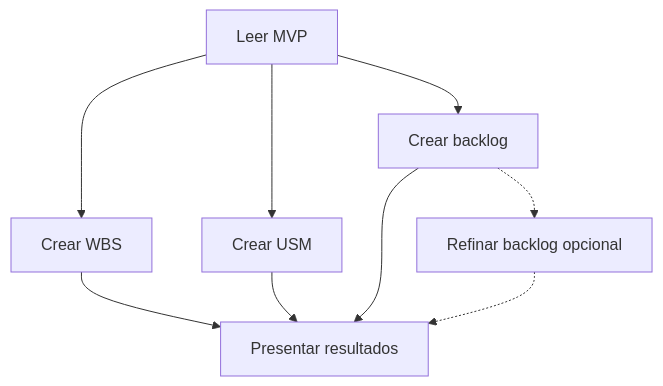
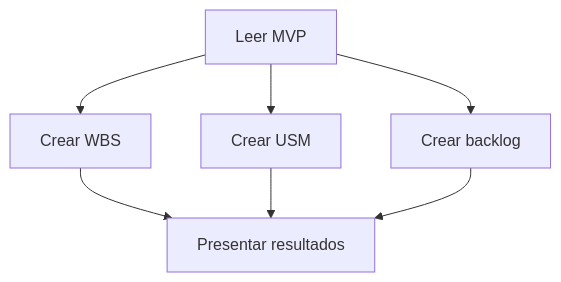
One commit to portomartin/9524 changed the diagram in skills/coordinar-planificacion/SKILL.md. Above: the diagram before and after it, drawn with Mermaid. The commit also changed other lines of this file and 5 other files, not shown here.

````diff
--- a/skills/coordinar-planificacion/SKILL.md
+++ b/skills/coordinar-planificacion/SKILL.md
@@ -10,11 +10,9 @@
 ```mermaid
 flowchart TD
     A[Leer MVP] --> B[Crear WBS]
     A --> C[Crear USM]
     A --> D[Crear backlog]
     B --> E[Presentar resultados]
     C --> E
     D --> E
-    D -.-> F[Refinar backlog opcional]
-    F -.-> E
 ```
````
